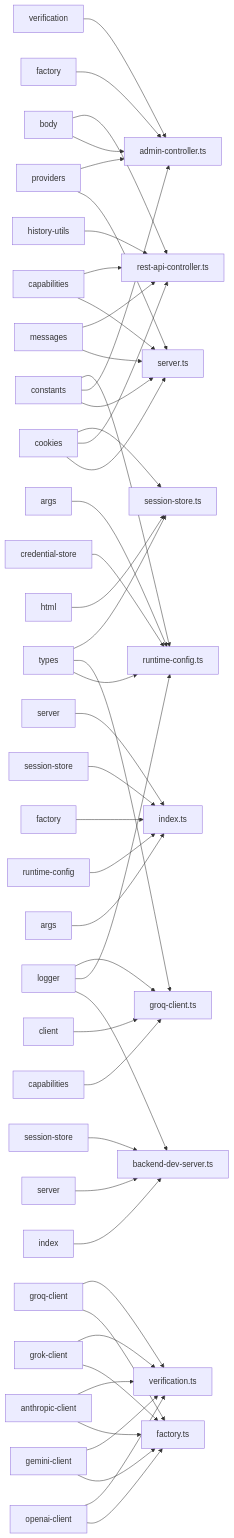
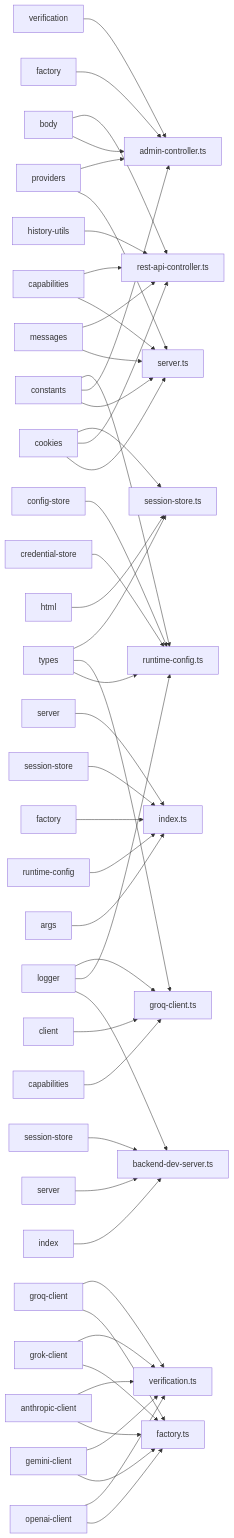
Before and after one commit to gerkensm/vaporvibe: the second of 2 diagrams in .agent/rules/CODEBASE_MAP-part1.md, drawn with Mermaid. The commit also changed other lines of this file and 49 other files, not shown here.

````diff
--- a/.agent/rules/CODEBASE_MAP-part1.md
+++ b/.agent/rules/CODEBASE_MAP-part1.md
@@ -103,59 +110,59 @@
 ```mermaid
 graph LR
   server_server_ts["server.ts"]
   ___constants_js["constants"] --> server_server_ts
   ___constants_providers_js["providers"] --> server_server_ts
   ___llm_messages_js["messages"] --> server_server_ts
   ___llm_capabilities_js["capabilities"] --> server_server_ts
   ___utils_cookies_js["cookies"] --> server_server_ts
   server_admin_controller_ts["admin-controller.ts"]
   ___constants_js["constants"] --> server_admin_controller_ts
   ___constants_providers_js["providers"] --> server_admin_controller_ts
   ___llm_factory_js["factory"] --> server_admin_controller_ts
   ___llm_verification_js["verification"] --> server_admin_controller_ts
   ___utils_body_js["body"] --> server_admin_controller_ts
   server_rest_api_controller_ts["rest-api-controller.ts"]
   ___llm_capabilities_js["capabilities"] --> server_rest_api_controller_ts
   ___llm_messages_js["messages"] --> server_rest_api_controller_ts
   ___utils_cookies_js["cookies"] --> server_rest_api_controller_ts
   ___utils_body_js["body"] --> server_rest_api_controller_ts
   __history_utils_js["history-utils"] --> server_rest_api_controller_ts
   index_ts["index.ts"]
   __cli_args_js["args"] --> index_ts
   __config_runtime_config_js["runtime-config"] --> index_ts
   __llm_factory_js["factory"] --> index_ts
   __server_session_store_js["session-store"] --> index_ts
   __server_server_js["server"] --> index_ts
   dev_backend_dev_server_ts["backend-dev-server.ts"]
   ___logger_js["logger"] --> dev_backend_dev_server_ts
   ___index_js["index"] --> dev_backend_dev_server_ts
   ___server_server_js["server"] --> dev_backend_dev_server_ts
   ___server_session_store_js["session-store"] --> dev_backend_dev_server_ts
   llm_factory_ts["factory.ts"]
   __openai_client_js["openai-client"] --> llm_factory_ts
   __gemini_client_js["gemini-client"] --> llm_factory_ts
   __anthropic_client_js["anthropic-client"] --> llm_factory_ts
   __grok_client_js["grok-client"] --> llm_factory_ts
   __groq_client_js["groq-client"] --> llm_factory_ts
+  config_runtime_config_ts["runtime-config.ts"]
+  ___constants_js["constants"] --> config_runtime_config_ts
+  ___utils_credential_store_js["credential-store"] --> config_runtime_config_ts
+  ___utils_config_store_js["config-store"] --> config_runtime_config_ts
+  ___logger_js["logger"] --> config_runtime_config_ts
+  ___types_js["types"] --> config_runtime_config_ts
   llm_verification_ts["verification.ts"]
   __openai_client_js["openai-client"] --> llm_verification_ts
   __gemini_client_js["gemini-client"] --> llm_verification_ts
   __anthropic_client_js["anthropic-client"] --> llm_verification_ts
   __grok_client_js["grok-client"] --> llm_verification_ts
   __groq_client_js["groq-client"] --> llm_verification_ts
-  config_runtime_config_ts["runtime-config.ts"]
-  ___constants_js["constants"] --> config_runtime_config_ts
-  ___utils_credential_store_js["credential-store"] --> config_runtime_config_ts
-  ___logger_js["logger"] --> config_runtime_config_ts
-  ___types_js["types"] --> config_runtime_config_ts
-  ___cli_args_js["args"] --> config_runtime_config_ts
   llm_groq_client_ts["groq-client.ts"]
   ___logger_js["logger"] --> llm_groq_client_ts
   __capabilities_js["capabilities"] --> llm_groq_client_ts
   ___types_js["types"] --> llm_groq_client_ts
   __client_js["client"] --> llm_groq_client_ts
   server_session_store_ts["session-store.ts"]
   ___utils_cookies_js["cookies"] --> server_session_store_ts
   ___utils_html_js["html"] --> server_session_store_ts
   ___types_js["types"] --> server_session_store_ts
 ```
````
